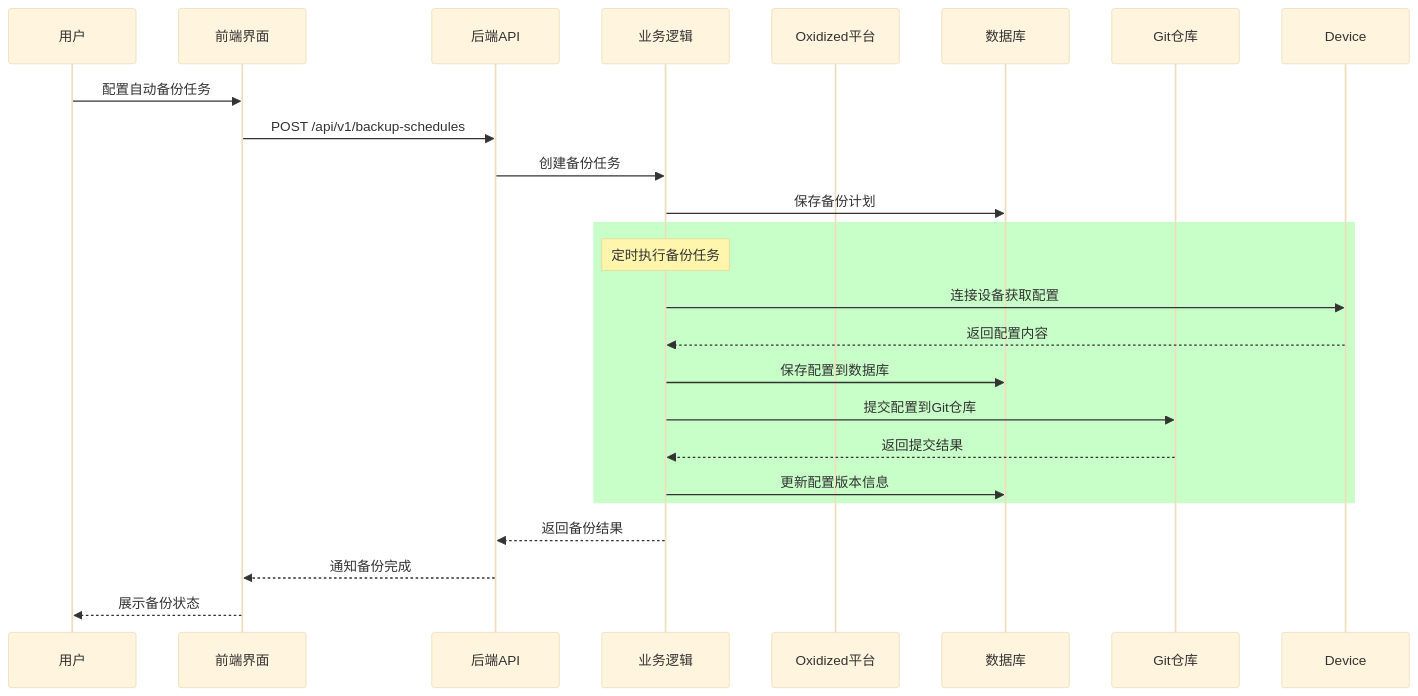
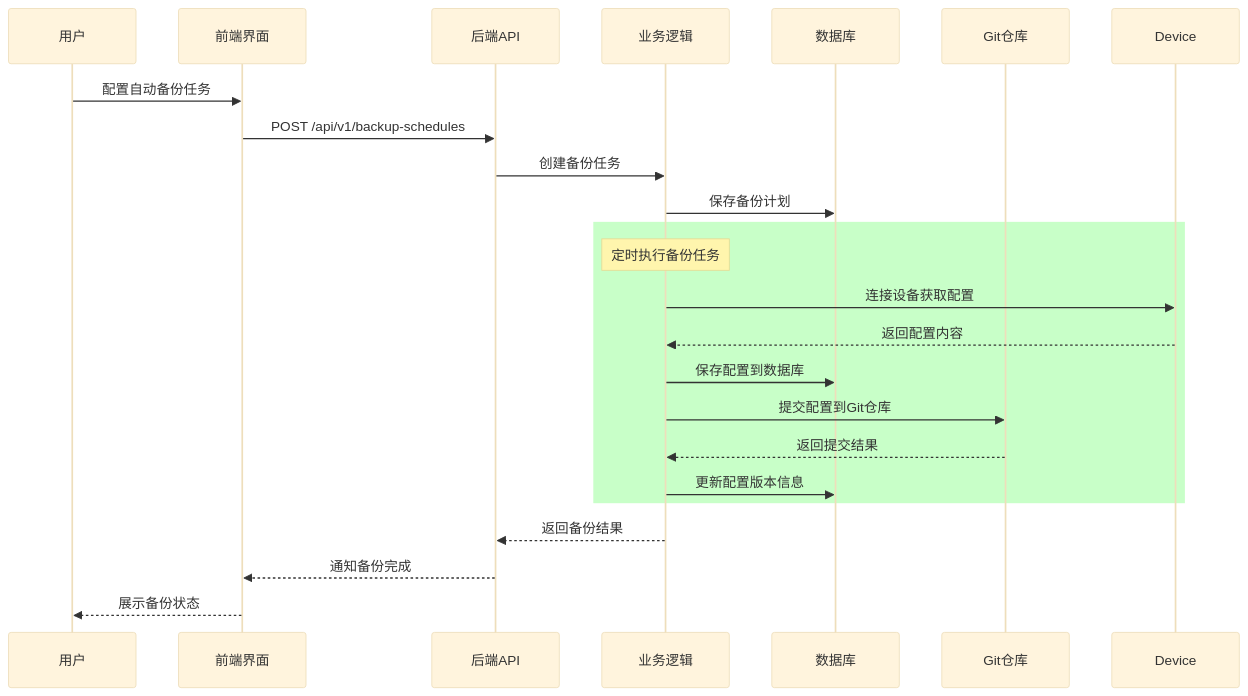
Before and after one commit to Cheney128/devopt_tools: the fifth of 5 diagrams in docs/project_analysis.md, drawn with Mermaid (base theme). The commit also changed other lines of this file and 40 other files, not shown here.

````diff
--- a/docs/project_analysis.md
+++ b/docs/project_analysis.md
@@ -385,29 +382,28 @@
 ```mermaid
 sequenceDiagram
     participant User as 用户
     participant Frontend as 前端界面
     participant Backend as 后端API
     participant Service as 业务逻辑
-    participant Oxidized as Oxidized平台
     participant DB as 数据库
     participant Git as Git仓库
 
     User->>Frontend: 配置自动备份任务
     Frontend->>Backend: POST /api/v1/backup-schedules
     Backend->>Service: 创建备份任务
     Service->>DB: 保存备份计划
     
     rect rgb(200, 255, 200)
         Note over Service: 定时执行备份任务
         Service->>Device: 连接设备获取配置
         Device-->>Service: 返回配置内容
         Service->>DB: 保存配置到数据库
         Service->>Git: 提交配置到Git仓库
         Git-->>Service: 返回提交结果
         Service->>DB: 更新配置版本信息
     end
     
     Service-->>Backend: 返回备份结果
     Backend-->>Frontend: 通知备份完成
     Frontend-->>User: 展示备份状态
 ```
````
